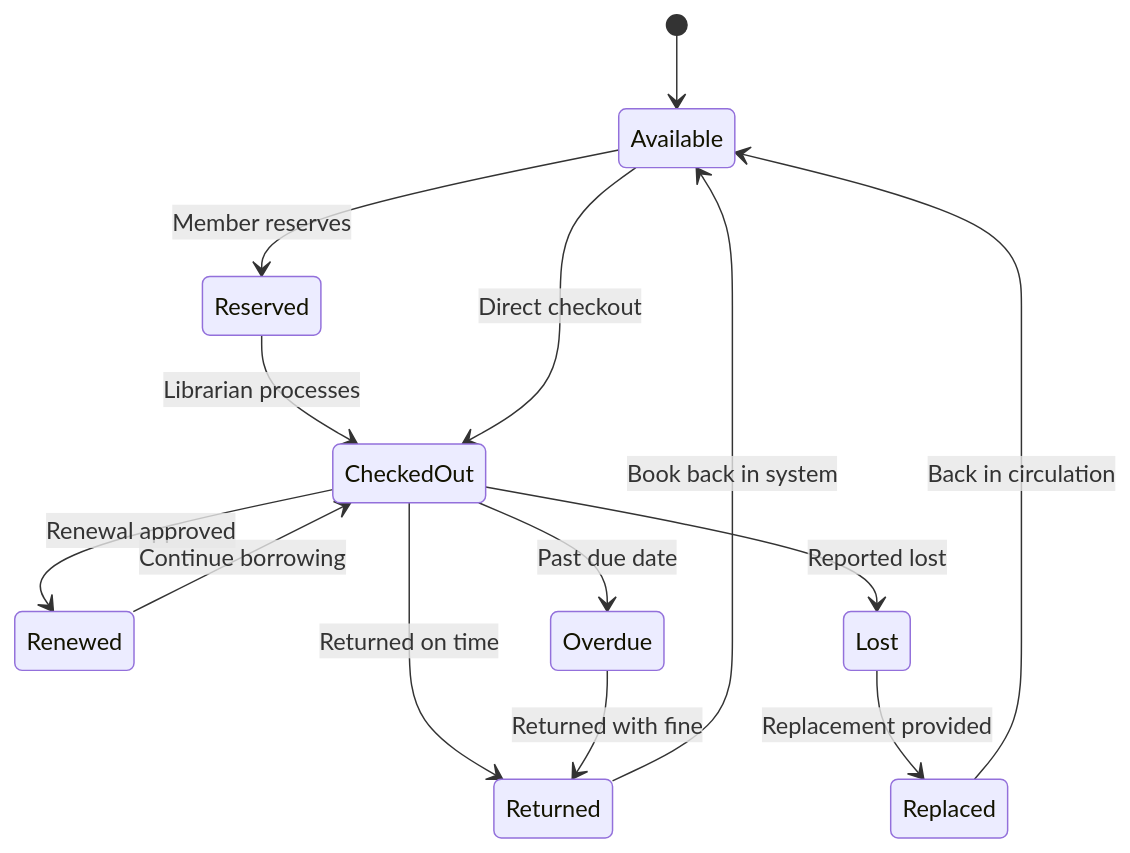
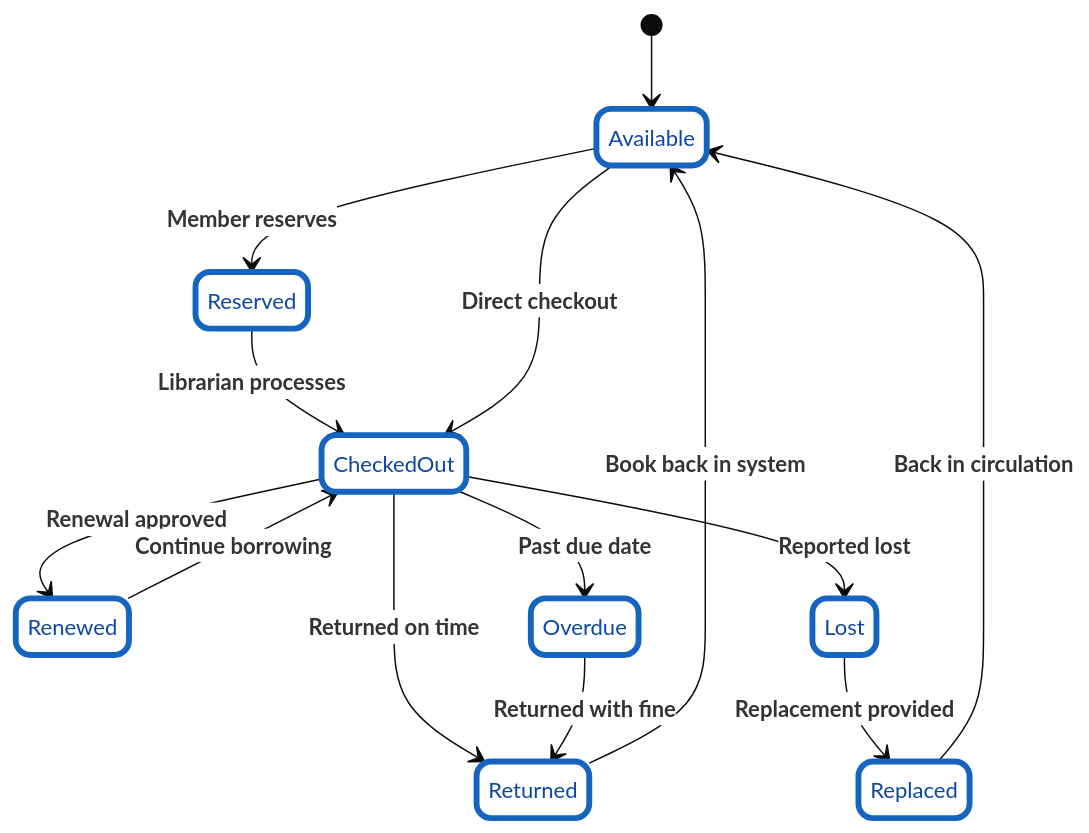
The second of 2 diagrams in README.md (la-b-ib/LitGrid), drawn with Mermaid before and after one commit. The commit also changed other lines of this file, not shown here.

Commit message:
Enhance mermaid diagrams in README
Updated mermaid diagrams with improved styling and added bold labels for clarity.

````diff
--- a/README.md
+++ b/README.md
@@ -160,20 +160,29 @@
 ```mermaid
+%%{init: {'theme': 'base', 'themeVariables': { 'primaryColor': '#fff','edgeLabelBackground':'#fff','tertiaryColor': '#f4f4f4','fontSize':'15px','fontWeight':'bold'}, 'state': {'nodeSpacing': 150, 'rankSpacing': 0}} }%%
+
 stateDiagram-v2
     [*] --> Available
-    Available --> Reserved : Member reserves
-    Reserved --> CheckedOut : Librarian processes
-    Available --> CheckedOut : Direct checkout
+
+    Available --> Reserved : **Member reserves**
+    Reserved --> CheckedOut : **Librarian processes**
+    Available --> CheckedOut : **Direct checkout**
     
-    CheckedOut --> Renewed : Renewal approved
-    Renewed --> CheckedOut : Continue borrowing
+    CheckedOut --> Renewed : **Renewal approved**
+    Renewed --> CheckedOut : **Continue borrowing**
     
-    CheckedOut --> Returned : Returned on time
-    CheckedOut --> Overdue : Past due date
-    Overdue --> Returned : Returned with fine
+    CheckedOut --> Returned : **Returned on time**
+    CheckedOut --> Overdue : **Past due date**
+    Overdue --> Returned : **Returned with fine**
     
-    Returned --> Available : Book back in system
+    Returned --> Available : **Book back in system**
     
-    CheckedOut --> Lost : Reported lost
-    Lost --> Replaced : Replacement provided
-    Replaced --> Available : Back in circulation
+    CheckedOut --> Lost : **Reported lost**
+    Lost --> Replaced : **Replacement provided**
+    Replaced --> Available : **Back in circulation**
+
+    %% Styling must be applied after states are declared
+    classDef boldStyle stroke:#1565c0,stroke-width:4px,color:#0d47a1,rx:10,ry:10;
+    class Available,Reserved,CheckedOut,Renewed,Returned,Overdue,Lost,Replaced boldStyle
+
+
 ```
````
